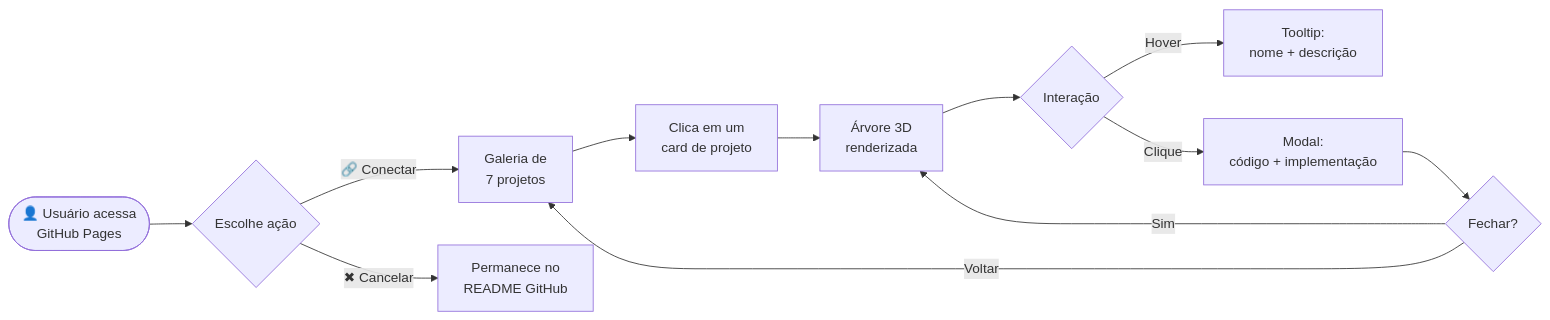
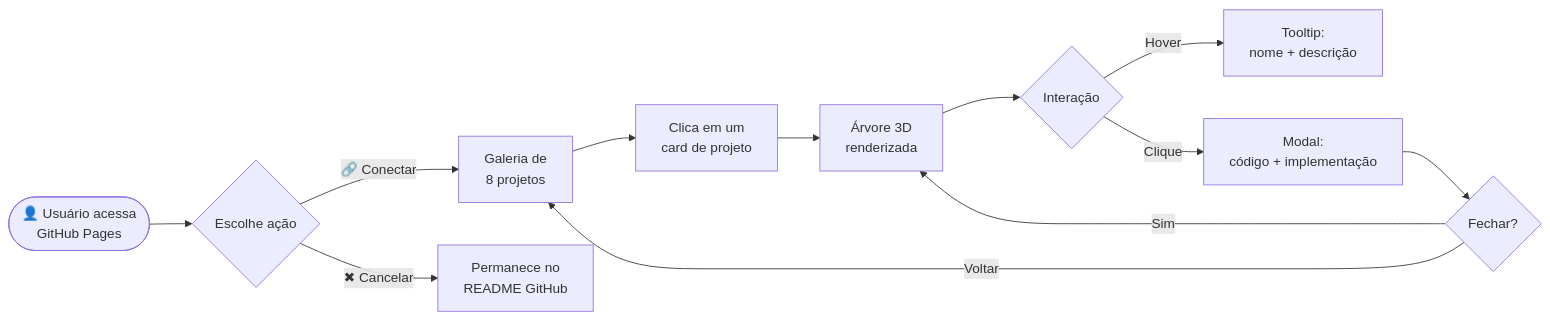
One commit to CanonEngineer/TreeofKnowledge changed the second of 5 diagrams in README.md. Above: the diagram before and after it, drawn with Mermaid. The commit also changed other lines of this file and 7 other files, not shown here.

````diff
--- a/README.md
+++ b/README.md
@@ -166,14 +169,14 @@
 ```mermaid
 flowchart LR
     A(["👤 Usuário acessa<br/>GitHub Pages"]) --> B{"Escolhe ação"}
-    B -->|"🔗 Conectar"| C["Galeria de<br/>7 projetos"]
+    B -->|"🔗 Conectar"| C["Galeria de<br/>8 projetos"]
     B -->|"✖ Cancelar"| D["Permanece no<br/>README GitHub"]
     C --> E["Clica em um<br/>card de projeto"]
     E --> F["Árvore 3D<br/>renderizada"]
     F --> G{"Interação"}
     G -->|"Hover"| H["Tooltip:<br/>nome + descrição"]
     G -->|"Clique"| I["Modal:<br/>código + implementação"]
     I --> J{"Fechar?"}
     J -->|"Sim"| F
     J -->|"Voltar"| C
 ```
````
